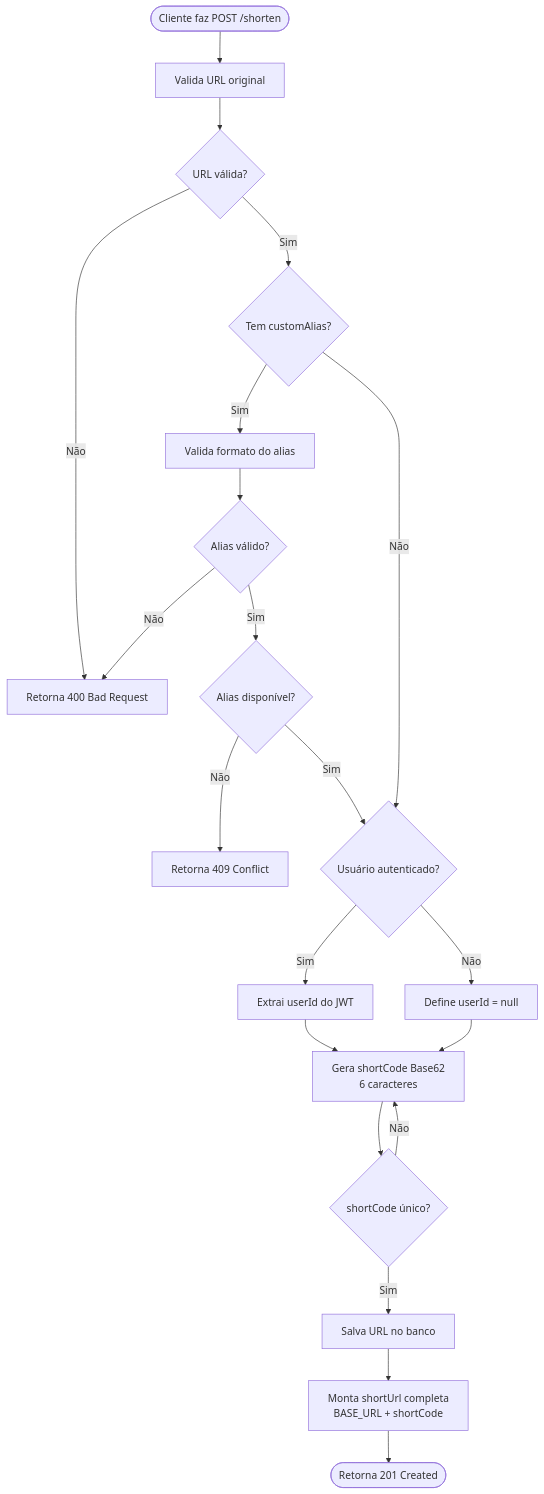
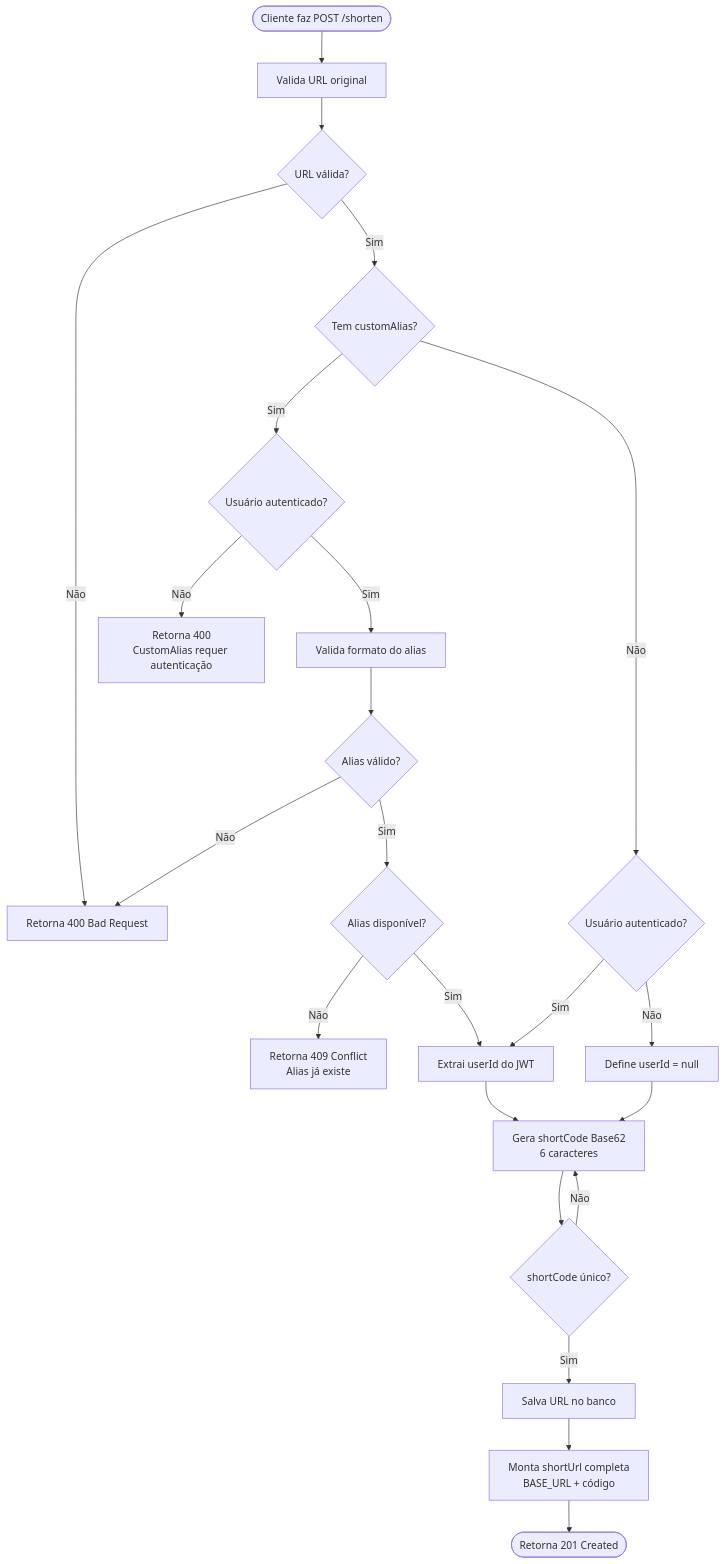
One commit to gabrigabs/node-url-shortener changed the third of 6 diagrams in README.md. Above: the diagram before and after it, drawn with Mermaid. The commit also changed other lines of this file, not shown here.

Commit message:
docs: update flowchart in README.md

````diff
--- a/README.md
+++ b/README.md
@@ -244,41 +248,45 @@
 ```mermaid
 flowchart TD
     Start([Cliente faz POST /shorten])
     A[Valida URL original]
     B{URL válida?}
     C[Retorna 400 Bad Request]
     D{Tem customAlias?}
-    E[Valida formato do alias]
-    F{Alias válido?}
-    G{Alias disponível?}
-    H[Retorna 409 Conflict]
-    I{Usuário autenticado?}
-    J[Extrai userId do JWT]
-    K[Define userId = null]
-    L[Gera shortCode Base62<br/>6 caracteres]
-    M{shortCode único?}
-    N[Salva URL no banco]
-    O[Monta shortUrl completa<br/>BASE_URL + shortCode]
+    E{Usuário autenticado?}
+    F[Retorna 400<br/>CustomAlias requer autenticação]
+    G[Valida formato do alias]
+    H{Alias válido?}
+    I{Alias disponível?}
+    J[Retorna 409 Conflict<br/>Alias já existe]
+    K{Usuário autenticado?}
+    L[Extrai userId do JWT]
+    M[Define userId = null]
+    N[Gera shortCode Base62<br/>6 caracteres]
+    O{shortCode único?}
+    P[Salva URL no banco]
+    Q[Monta shortUrl completa<br/>BASE_URL + código]
     End([Retorna 201 Created])
 
     Start --> A
     A --> B
     B -->|Não| C
     B -->|Sim| D
     D -->|Sim| E
-    E --> F
-    F -->|Não| C
-    F -->|Sim| G
-    G -->|Não| H
-    D -->|Não| I
-    G -->|Sim| I
-    I -->|Sim| J
-    I -->|Não| K
-    J --> L
-    K --> L
-    L --> M
-    M -->|Não| L
-    M -->|Sim| N
+    E -->|Não| F
+    E -->|Sim| G
+    G --> H
+    H -->|Não| C
+    H -->|Sim| I
+    I -->|Não| J
+    I -->|Sim| L
+    D -->|Não| K
+    K -->|Sim| L
+    K -->|Não| M
+    L --> N
+    M --> N
     N --> O
-    O --> End
+    O -->|Não| N
+    O -->|Sim| P
+    P --> Q
+    Q --> End
 ```
````
